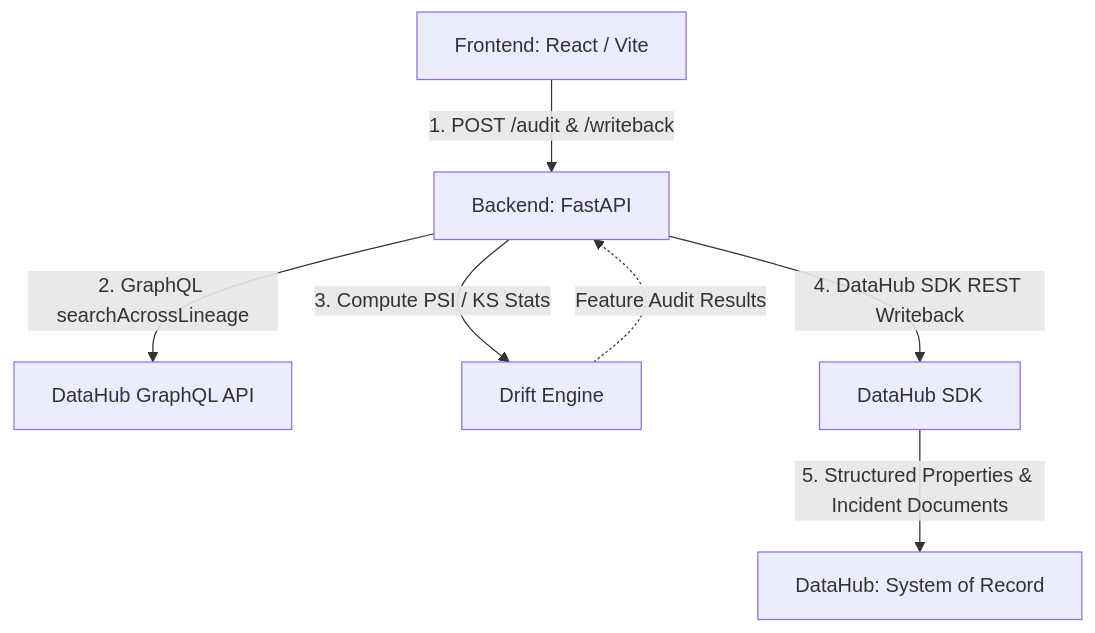
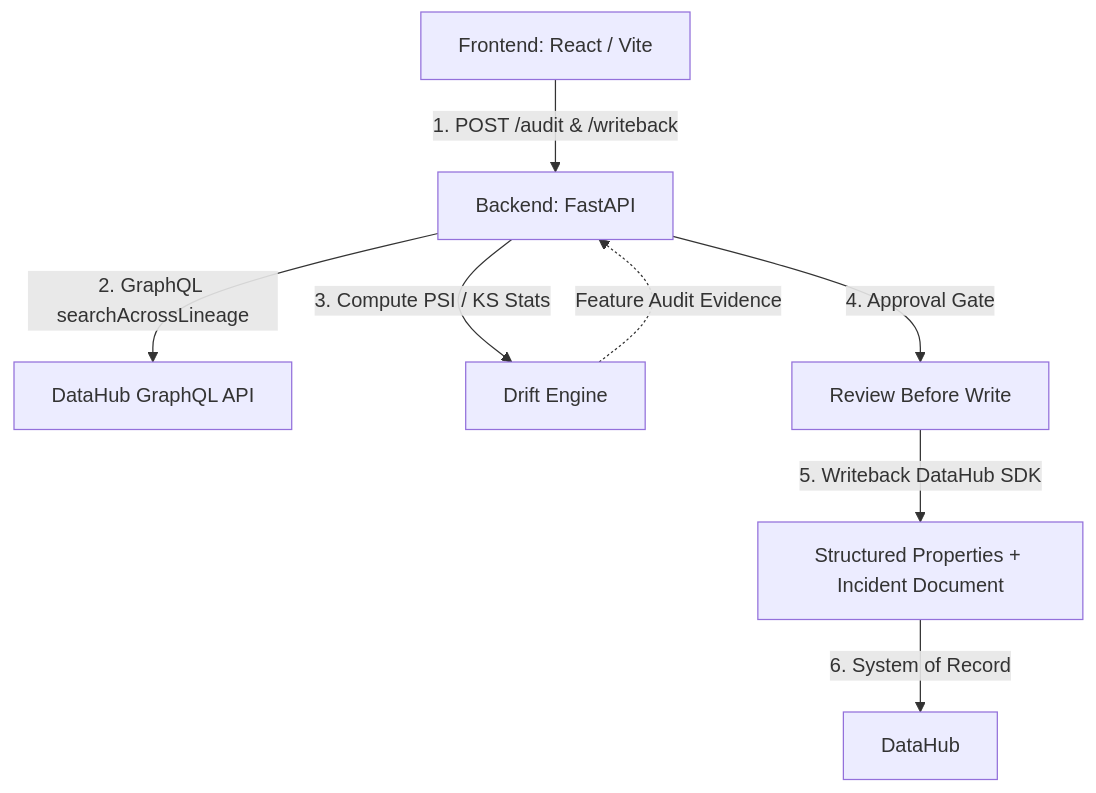
One commit to savya14/datahub-ml-drift-sentinel changed the diagram in README.md. Above: the diagram before and after it, drawn with Mermaid. The commit also changed other lines of this file and 1 other file, not shown here.

Commit message:
Reframe README and incident report with governance-native language, remove dead audit-history references, verify idempotent demo reset script

````diff
--- a/README.md
+++ b/README.md
@@ -11,9 +11,10 @@
 ```mermaid
 graph TD
     FE[Frontend: React / Vite] -->|1. POST /audit & /writeback| BE[Backend: FastAPI]
     BE -->|2. GraphQL searchAcrossLineage| DHG[DataHub GraphQL API]
     BE -->|3. Compute PSI / KS Stats| DE[Drift Engine]
-    DE -.->|Feature Audit Results| BE
-    BE -->|4. DataHub SDK REST Writeback| DHS[DataHub SDK]
-    DHS -->|5. Structured Properties & Incident Documents| DHSOR[DataHub: System of Record]
+    DE -.->|Feature Audit Evidence| BE
+    BE -->|4. Approval Gate| AG[Review Before Write]
+    AG -->|5. Writeback DataHub SDK| DHS[Structured Properties + Incident Document]
+    DHS -->|6. System of Record| DHSOR[DataHub]
 ```
````
